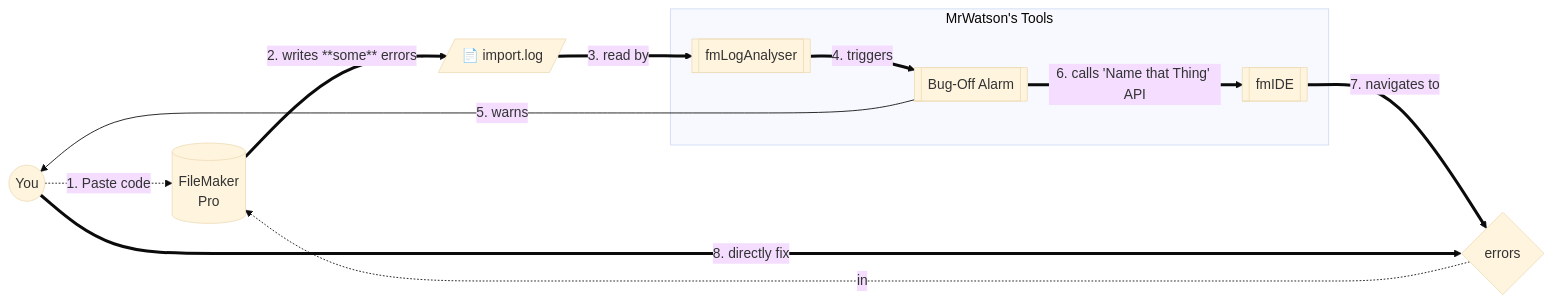
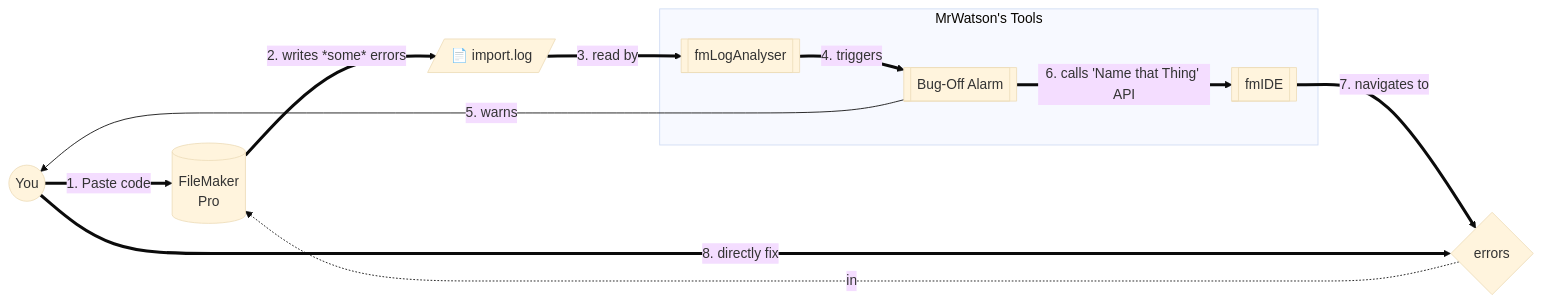
One commit to mrwatson-de/fmworkmate.github.io changed the fourth of 5 diagrams in did-that-just-break.md. Above: the diagram before and after it, drawn with Mermaid (base theme). The commit also changed other lines of this file, not shown here.

````diff
--- a/did-that-just-break.md
+++ b/did-that-just-break.md
@@ -229,29 +235,29 @@
     ```mermaid
     ---
     config:
     layout: elk
     ---
     flowchart LR
         You((You))
         FMP[("FileMaker
         Pro")]
         log[/"📄 import.log"/]
         errors{"errors"}
 
-        You -. "1. Paste code"             .-> FMP
-        FMP == "2. writes **some** errors" ==> log
+        You == "1. Paste code"         ==> FMP
+        FMP == "2. writes *some* errors" ==> log
 
         subgraph mrwatsons-tools["MrWatson's Tools"]
             fmLA[["fmLogAnalyser"]]
             alarm[["Bug-Off Alarm"]]
             fmIDE[["fmIDE"]]
         end
 
         log    == "3. read by"      ==> fmLA
         fmLA   == "4. triggers"     ==> alarm
         alarm  -- "5. warns"        --> You
         alarm  == "6. calls 'Name that Thing' API" ==> fmIDE
         fmIDE  == "7. navigates to" ==> errors
         errors -. "in"              .-> FMP
         You    == "8. directly fix" ==> errors
     ```
````
